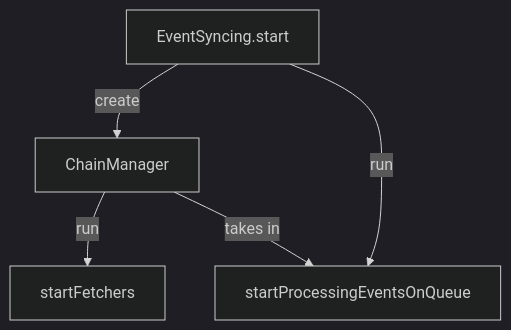
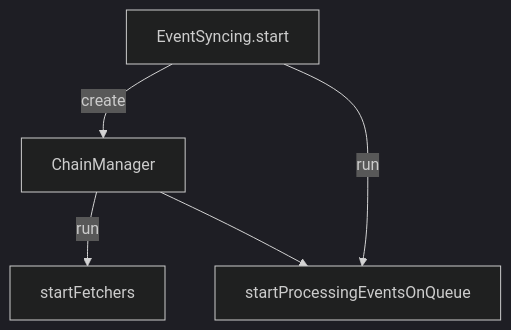
One commit to enviodev/hyperindex changed the diagram in internal_docs/IndexerStructure.md. Above: the diagram before and after it, drawn with Mermaid (dark theme). The commit also changed other lines of this file and 3 other files, not shown here.

````diff
--- a/internal_docs/IndexerStructure.md
+++ b/internal_docs/IndexerStructure.md
@@ -7,7 +10,7 @@
 ```mermaid
 graph TD
   A[EventSyncing.start] -->|create| B[ChainManager]
   A -->|run| C[startProcessingEventsOnQueue]
   B -->|run| D[startFetchers]
-  B -->|takes in| C
+  B --> C
 ```
````
